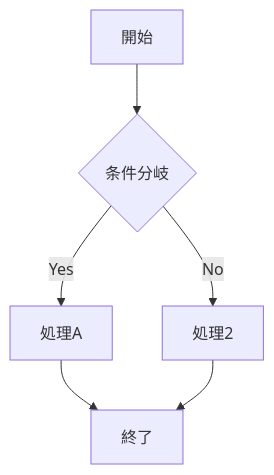
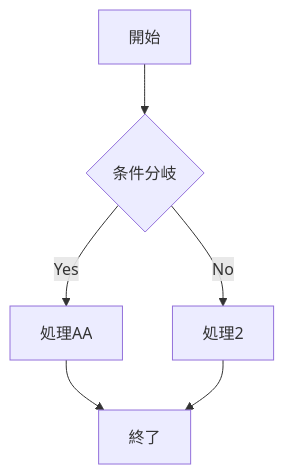
The diagram in docs/flows/example.mmd (sokokoko-git/mermaid-flows), drawn with Mermaid before and after one commit.

```diff
--- a/docs/flows/example.mmd
+++ b/docs/flows/example.mmd
@@ -1,6 +1,6 @@
 flowchart TD
     A[開始] --> B{条件分岐}
-    B -->|Yes| C[処理A]
+    B -->|Yes| C[処理AA]
     B -->|No| D[処理2]
     C --> E[終了]
     D --> E
```
